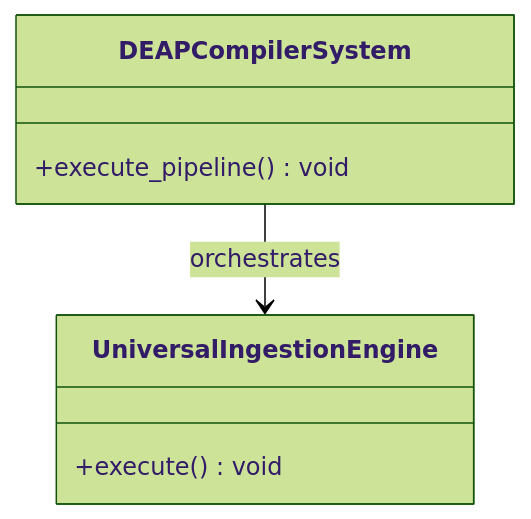
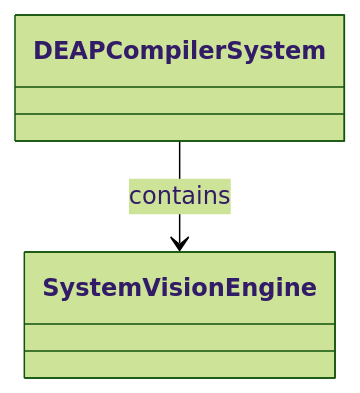
One commit to gintatkinson/dumpiler-01 changed the first of 2 diagrams in docs/epics/EPIC-01-SysML_Model.md. Above: the diagram before and after it, drawn with Mermaid (forest theme). The commit also changed other lines of this file and 101 other files, not shown here.

````diff
--- a/docs/epics/EPIC-01-SysML_Model.md
+++ b/docs/epics/EPIC-01-SysML_Model.md
@@ -51,10 +65,6 @@
 ```mermaid
 classDiagram
-    class DEAPCompilerSystem {
-        +execute_pipeline() void
-    }
-    class UniversalIngestionEngine {
-        +execute() void
-    }
-    DEAPCompilerSystem --> UniversalIngestionEngine : orchestrates
+    class DEAPCompilerSystem
+    class SystemVisionEngine
+    DEAPCompilerSystem --> SystemVisionEngine : contains
 ```
````
